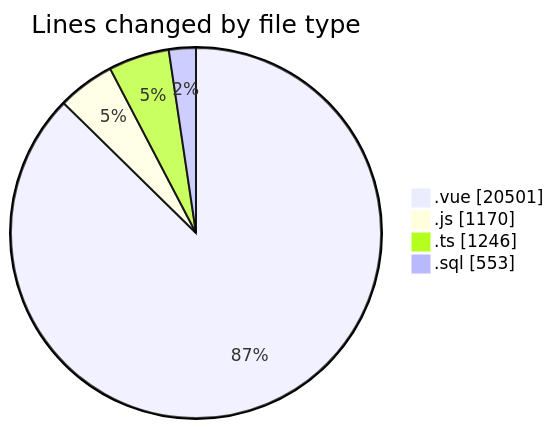
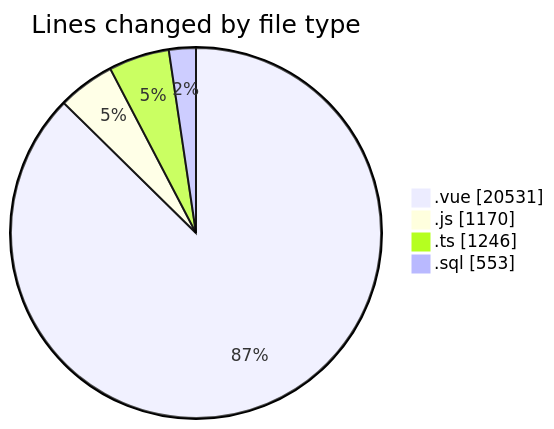
The first of 2 diagrams in 2025-08-13/rentotp/README.md (lephambinh05/code-tracking), drawn with Mermaid before and after one commit. The commit also changed other lines of this file and 1 other file, not shown here.

````diff
--- a/2025-08-13/rentotp/README.md
+++ b/2025-08-13/rentotp/README.md
@@ -49,8 +49,8 @@
 ```mermaid
 pie showData
 title Lines changed by file type
-".vue" : 20501
+".vue" : 20531
 ".js" : 1170
 ".ts" : 1246
 ".sql" : 553
 ```
````
